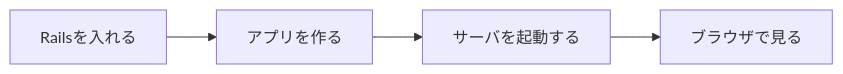
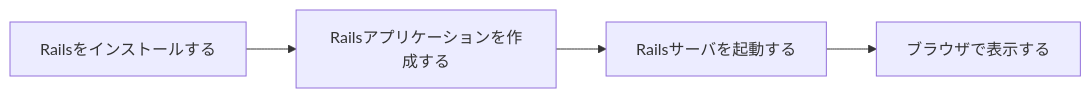
The sixth of 6 diagrams in 11/orientation.md (TORIFUKUKaiou/rails-dojo-year1-content), drawn with Mermaid before and after one commit. The commit also changed other lines of this file, not shown here.

````diff
--- a/11/orientation.md
+++ b/11/orientation.md
@@ -159,6 +194,6 @@
 ```mermaid
 flowchart LR
-    A[Railsを入れる] --> B[アプリを作る]
-    B --> C[サーバを起動する]
-    C --> D[ブラウザで見る]
+    A[Railsをインストールする] --> B[Railsアプリケーションを作成する]
+    B --> C[Railsサーバを起動する]
+    C --> D[ブラウザで表示する]
 ```
````
